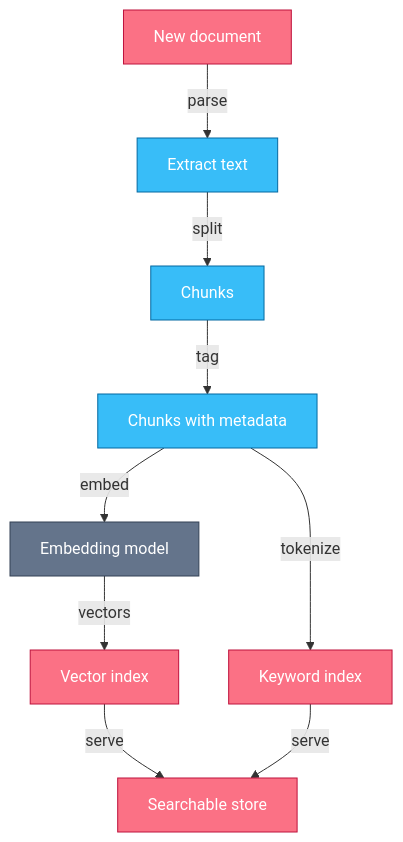
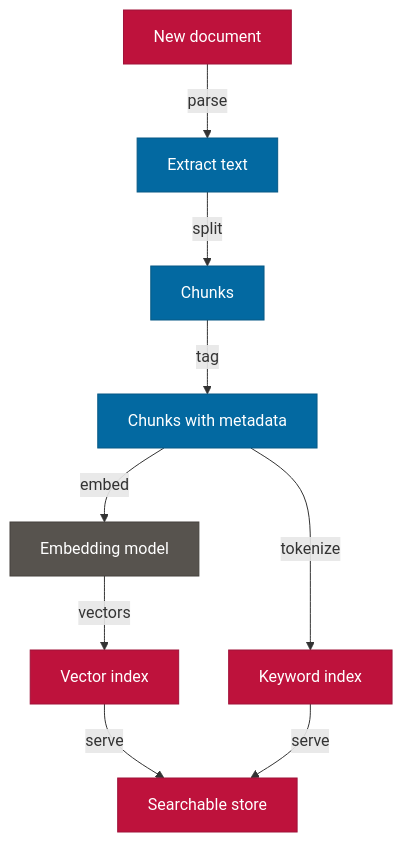
The first of 3 diagrams in chapters/ch06.md (sanketsudake/agentic-engineering), drawn with Mermaid before and after one commit. The commit also changed 23 other files, not shown here.

````diff
--- a/chapters/ch06.md
+++ b/chapters/ch06.md
@@ -106,17 +106,17 @@
 ```mermaid
 flowchart TD
   D[New document] -->|parse| X[Extract text]
   X -->|split| C[Chunks]
   C -->|tag| M[Chunks with metadata]
   M -->|embed| E[Embedding model]
   M -->|tokenize| K[Keyword index]
   E -->|vectors| V[Vector index]
   V -->|serve| S[Searchable store]
   K -->|serve| S
-  classDef resource fill:#fb7185,stroke:#be123c,color:#fff
-  classDef process fill:#38bdf8,stroke:#0369a1,color:#fff
-  classDef external fill:#64748b,stroke:#334155,color:#fff
+  classDef resource fill:#BE123C,stroke:#9F1239,color:#fff
+  classDef process fill:#0369A1,stroke:#075985,color:#fff
+  classDef external fill:#57534E,stroke:#44403C,color:#fff
   class D,S,V,K resource
   class X,C,M process
   class E external
 ```
````
